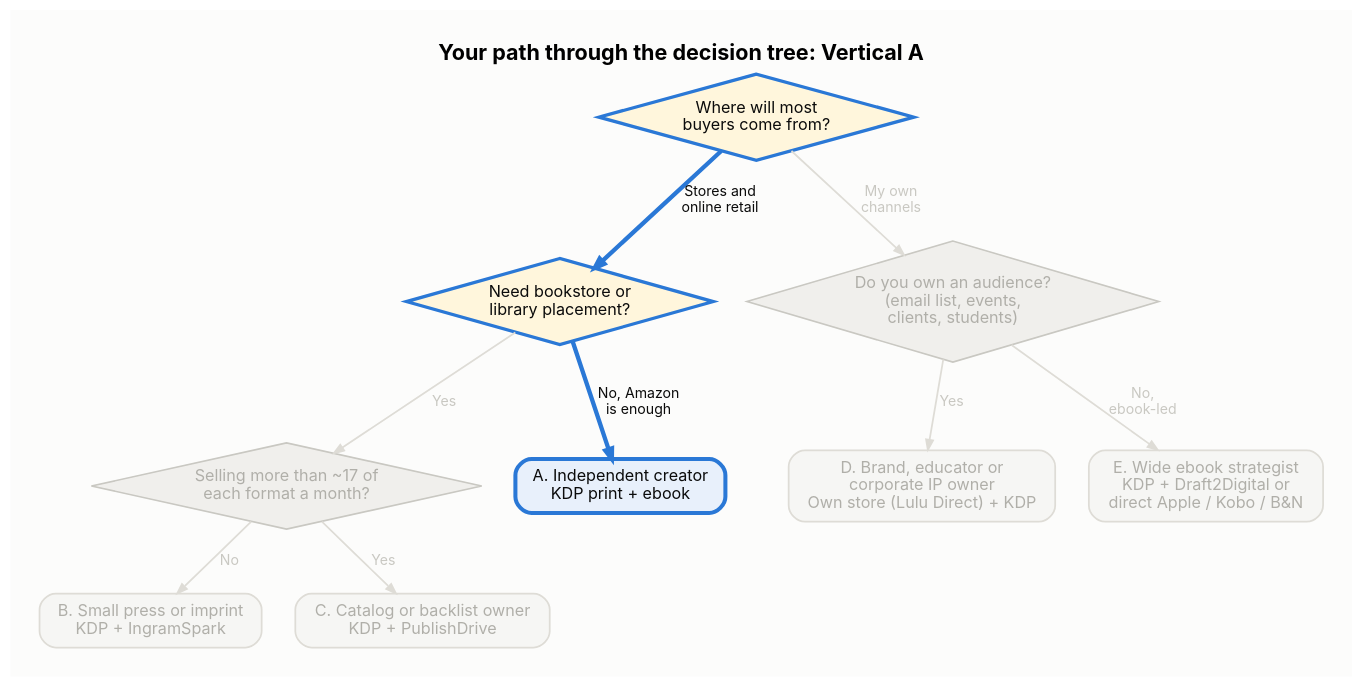
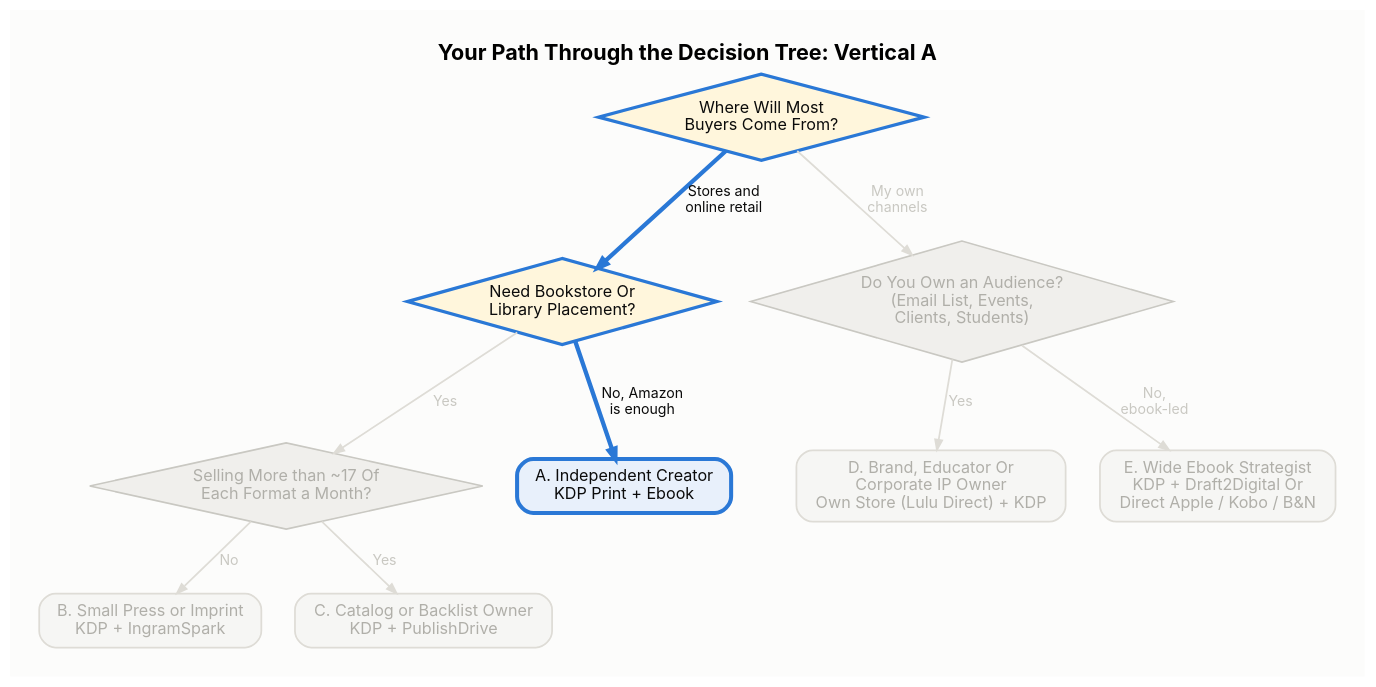
Before and after one commit to ShamarRobinson/ip-distribution-decision-verticals: the diagram in diagrams/d2_path_A.dot, drawn with Graphviz. The commit also changed 130 other files, not shown here.

```diff
--- a/diagrams/d2_path_A.dot
+++ b/diagrams/d2_path_A.dot
@@ -1,37 +1,37 @@
 digraph G { rankdir=TB; bgcolor="#fcfcfb"; pad=0.3; nodesep=0.35; ranksep=0.5;
-labelloc=t; label=<<b>Your path through the decision tree: Vertical A</b>>; fontname="Inter"; fontsize=16;
+labelloc=t; label=<<b>Your Path Through the Decision Tree: Vertical A</b>>; fontname="Inter"; fontsize=16;
 node [fontname="Inter", fontsize=12, penwidth=1.3]; edge [fontname="Inter", fontsize=10.5, arrowsize=0.75];
-q1 [label="Where will most
-buyers come from?", shape=diamond, style=filled, fillcolor="#fff6dc", color="#2a78d6", fontcolor="#0b0b0b", margin="0.04,0.04", penwidth=2.4];
-q2 [label="Need bookstore or
-library placement?", shape=diamond, style=filled, fillcolor="#fff6dc", color="#2a78d6", fontcolor="#0b0b0b", margin="0.04,0.04", penwidth=2.4];
-q3 [label="Selling more than ~17 of
-each format a month?", shape=diamond, style=filled, fillcolor="#f0efec", color="#c9c8c2", fontcolor="#b0afa9", margin="0.04,0.04", penwidth=1.2];
-q4 [label="Do you own an audience?
-(email list, events,
-clients, students)", shape=diamond, style=filled, fillcolor="#f0efec", color="#c9c8c2", fontcolor="#b0afa9", margin="0.04,0.04", penwidth=1.2];
-A [label="A. Independent creator
-KDP print + ebook", shape=box, style="rounded,filled", fillcolor="#e8f0fb", color="#2a78d6", fontcolor="#0b0b0b", margin="0.18,0.1", penwidth=3];
-B [label="B. Small press or imprint
+q1 [label="Where Will Most
+Buyers Come From?", shape=diamond, style=filled, fillcolor="#fff6dc", color="#2a78d6", fontcolor="#0b0b0b", margin="0.04,0.04", penwidth=2.4];
+q2 [label="Need Bookstore Or
+Library Placement?", shape=diamond, style=filled, fillcolor="#fff6dc", color="#2a78d6", fontcolor="#0b0b0b", margin="0.04,0.04", penwidth=2.4];
+q3 [label="Selling More than ~17 Of
+Each Format a Month?", shape=diamond, style=filled, fillcolor="#f0efec", color="#c9c8c2", fontcolor="#b0afa9", margin="0.04,0.04", penwidth=1.2];
+q4 [label="Do You Own an Audience?
+(Email List, Events,
+Clients, Students)", shape=diamond, style=filled, fillcolor="#f0efec", color="#c9c8c2", fontcolor="#b0afa9", margin="0.04,0.04", penwidth=1.2];
+A [label="A. Independent Creator
+KDP Print + Ebook", shape=box, style="rounded,filled", fillcolor="#e8f0fb", color="#2a78d6", fontcolor="#0b0b0b", margin="0.18,0.1", penwidth=3];
+B [label="B. Small Press or Imprint
 KDP + IngramSpark", shape=box, style="rounded,filled", fillcolor="#f6f6f4", color="#dedcd6", fontcolor="#b0afa9", margin="0.18,0.1", penwidth=1.3];
-C [label="C. Catalog or backlist owner
+C [label="C. Catalog or Backlist Owner
 KDP + PublishDrive", shape=box, style="rounded,filled", fillcolor="#f6f6f4", color="#dedcd6", fontcolor="#b0afa9", margin="0.18,0.1", penwidth=1.3];
-D [label="D. Brand, educator or
-corporate IP owner
-Own store (Lulu Direct) + KDP", shape=box, style="rounded,filled", fillcolor="#f6f6f4", color="#dedcd6", fontcolor="#b0afa9", margin="0.18,0.1", penwidth=1.3];
-E [label="E. Wide ebook strategist
-KDP + Draft2Digital or
-direct Apple / Kobo / B&N", shape=box, style="rounded,filled", fillcolor="#f6f6f4", color="#dedcd6", fontcolor="#b0afa9", margin="0.18,0.1", penwidth=1.3];
+D [label="D. Brand, Educator Or
+Corporate IP Owner
+Own Store (Lulu Direct) + KDP", shape=box, style="rounded,filled", fillcolor="#f6f6f4", color="#dedcd6", fontcolor="#b0afa9", margin="0.18,0.1", penwidth=1.3];
+E [label="E. Wide Ebook Strategist
+KDP + Draft2Digital Or
+Direct Apple / Kobo / B&N", shape=box, style="rounded,filled", fillcolor="#f6f6f4", color="#dedcd6", fontcolor="#b0afa9", margin="0.18,0.1", penwidth=1.3];
 q1 -> q2 [label="Stores and
 online retail", color="#2a78d6", fontcolor="#0b0b0b", penwidth=3.2];
 q1 -> q4 [label="My own
 channels", color="#dedcd6", fontcolor="#c9c8c2", penwidth=1.3];
 q2 -> A [label="No, Amazon
 is enough", color="#2a78d6", fontcolor="#0b0b0b", penwidth=3.2];
 q2 -> q3 [label="Yes", color="#dedcd6", fontcolor="#c9c8c2", penwidth=1.3];
 q3 -> B [label="No", color="#dedcd6", fontcolor="#c9c8c2", penwidth=1.3];
 q3 -> C [label="Yes", color="#dedcd6", fontcolor="#c9c8c2", penwidth=1.3];
 q4 -> D [label="Yes", color="#dedcd6", fontcolor="#c9c8c2", penwidth=1.3];
 q4 -> E [label="No,
 ebook-led", color="#dedcd6", fontcolor="#c9c8c2", penwidth=1.3];
 }
```
